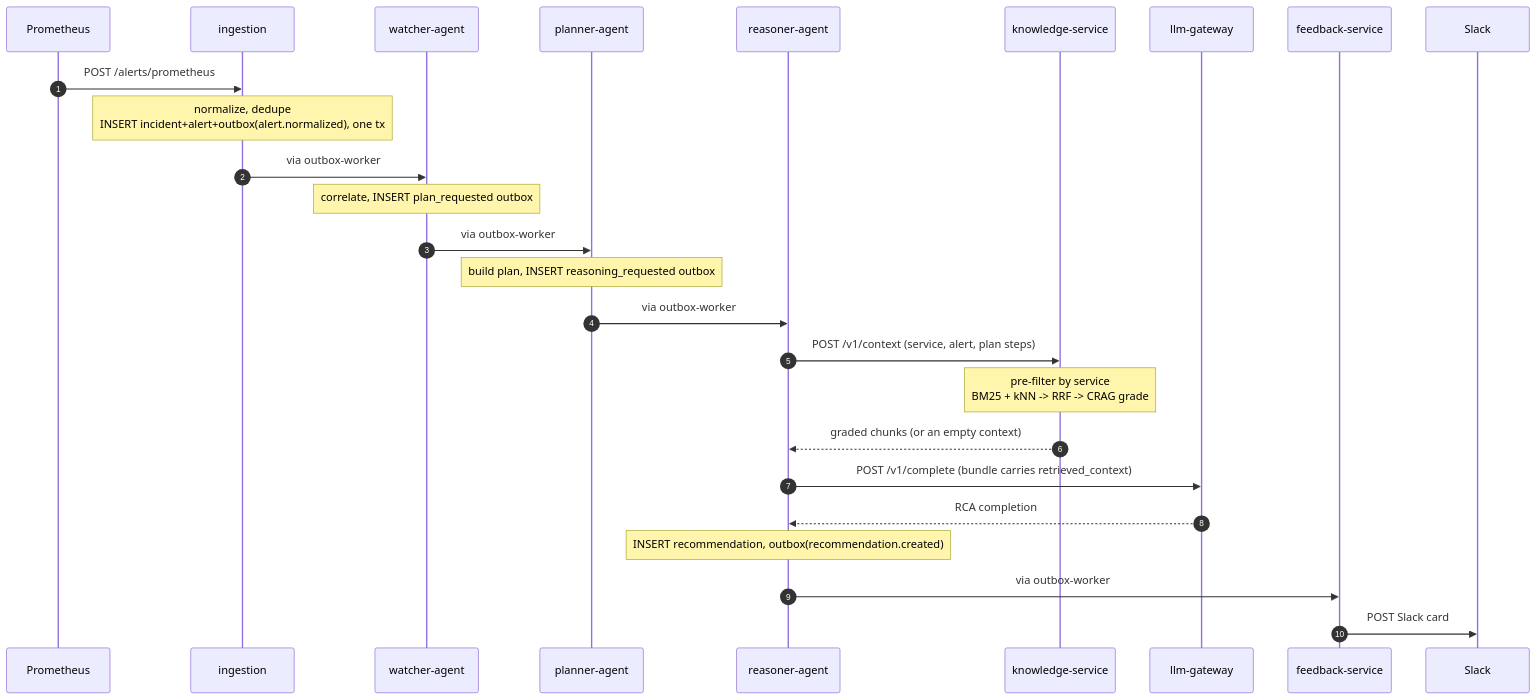
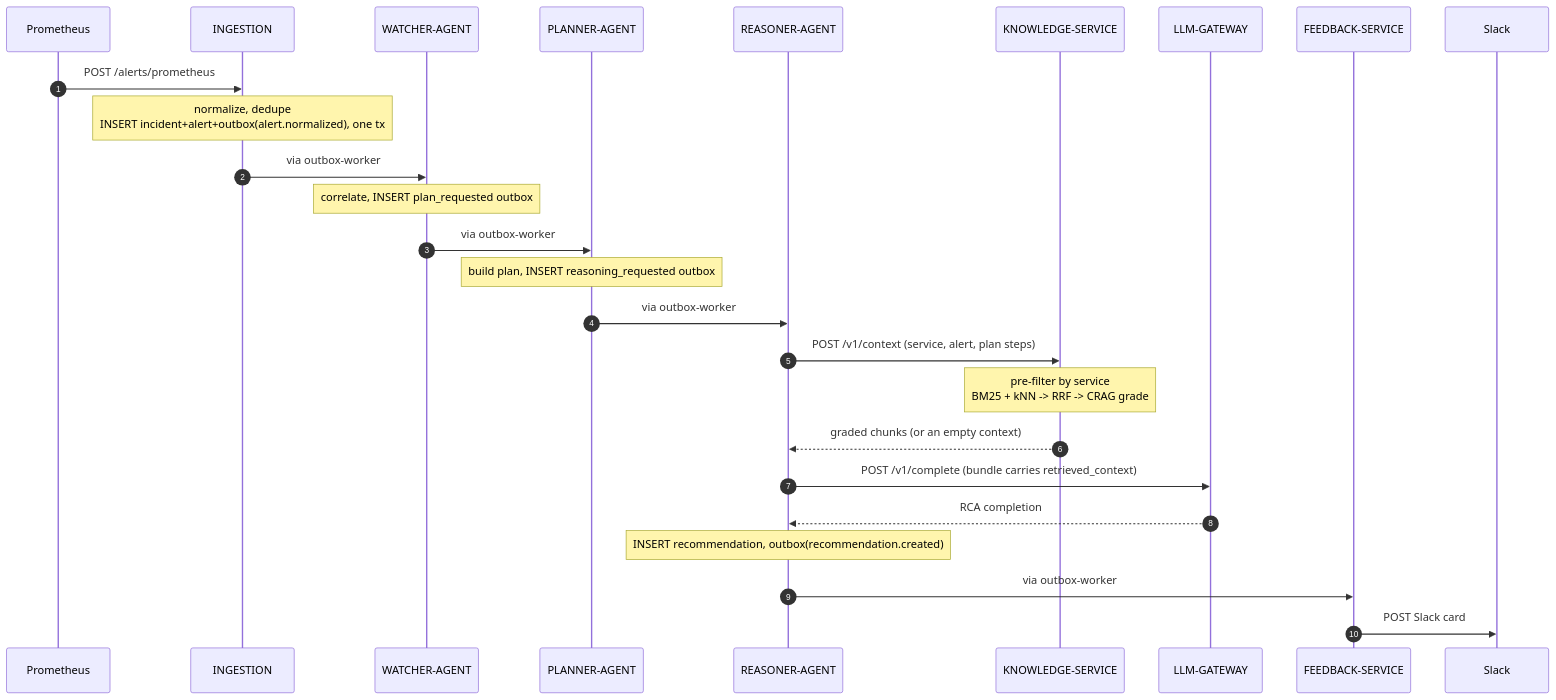
One commit to k-kohli10/radar-system changed the first of 6 diagrams in docs/architecture/sequence-flows.md. Above: the diagram before and after it, drawn with Mermaid. The commit also changed other lines of this file and 4 other files, not shown here.

Commit message:
docs(diagrams): uppercase service names and drop <small> tags

````diff
--- a/docs/architecture/sequence-flows.md
+++ b/docs/architecture/sequence-flows.md
@@ -15,29 +15,29 @@
 ```mermaid
 sequenceDiagram
     autonumber
     participant Prometheus
-    participant ingestion
-    participant watcher as watcher-agent
-    participant planner as planner-agent
-    participant reasoner as reasoner-agent
-    participant knowledge as knowledge-service
-    participant llm as llm-gateway
-    participant feedback as feedback-service
+    participant ingestion as INGESTION
+    participant watcher as WATCHER-AGENT
+    participant planner as PLANNER-AGENT
+    participant reasoner as REASONER-AGENT
+    participant knowledge as KNOWLEDGE-SERVICE
+    participant llm as LLM-GATEWAY
+    participant feedback as FEEDBACK-SERVICE
     participant Slack
 
     Prometheus->>ingestion: POST /alerts/prometheus
     Note over ingestion: normalize, dedupe<br/>INSERT incident+alert+outbox(alert.normalized), one tx
     ingestion->>watcher: via outbox-worker
     Note over watcher: correlate, INSERT plan_requested outbox
     watcher->>planner: via outbox-worker
     Note over planner: build plan, INSERT reasoning_requested outbox
     planner->>reasoner: via outbox-worker
     reasoner->>knowledge: POST /v1/context (service, alert, plan steps)
     Note over knowledge: pre-filter by service<br/>BM25 + kNN -> RRF -> CRAG grade
     knowledge-->>reasoner: graded chunks (or an empty context)
     reasoner->>llm: POST /v1/complete (bundle carries retrieved_context)
     llm-->>reasoner: RCA completion
     Note over reasoner: INSERT recommendation, outbox(recommendation.created)
     reasoner->>feedback: via outbox-worker
     feedback->>Slack: POST Slack card
 ```
````
